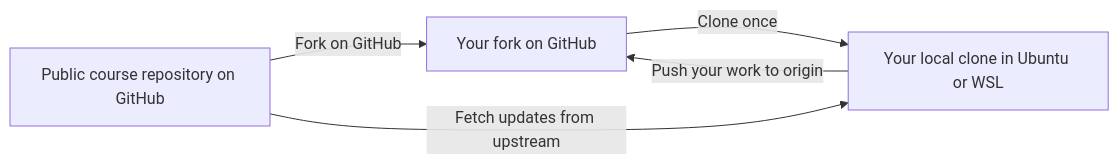
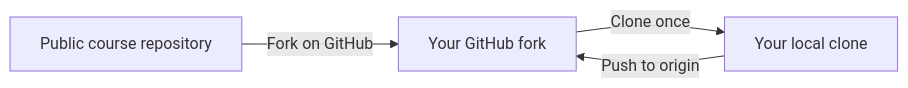
One commit to hoanbklucky/eel4332-autonomous-vehicle-labs changed the second of 2 diagrams in docs/UPDATING_COURSE_REPOSITORY.md. Above: the diagram before and after it, drawn with Mermaid. The commit also changed other lines of this file, not shown here.

Commit message:
Show direct-clone and student fork workflows separately

````diff
--- a/docs/UPDATING_COURSE_REPOSITORY.md
+++ b/docs/UPDATING_COURSE_REPOSITORY.md
@@ -7,10 +21,9 @@
 ```mermaid
 flowchart LR
-    Course["Public course repository on GitHub"]
-    Fork["Your fork on GitHub"]
-    Local["Your local clone in Ubuntu or WSL"]
+    Course["Public course repository"]
+    Fork["Your GitHub fork"]
+    Local["Your local clone"]
     Course -->|Fork on GitHub| Fork
     Fork -->|Clone once| Local
-    Course -->|Fetch updates from upstream| Local
-    Local -->|Push your work to origin| Fork
+    Local -->|Push to origin| Fork
 ```
````
